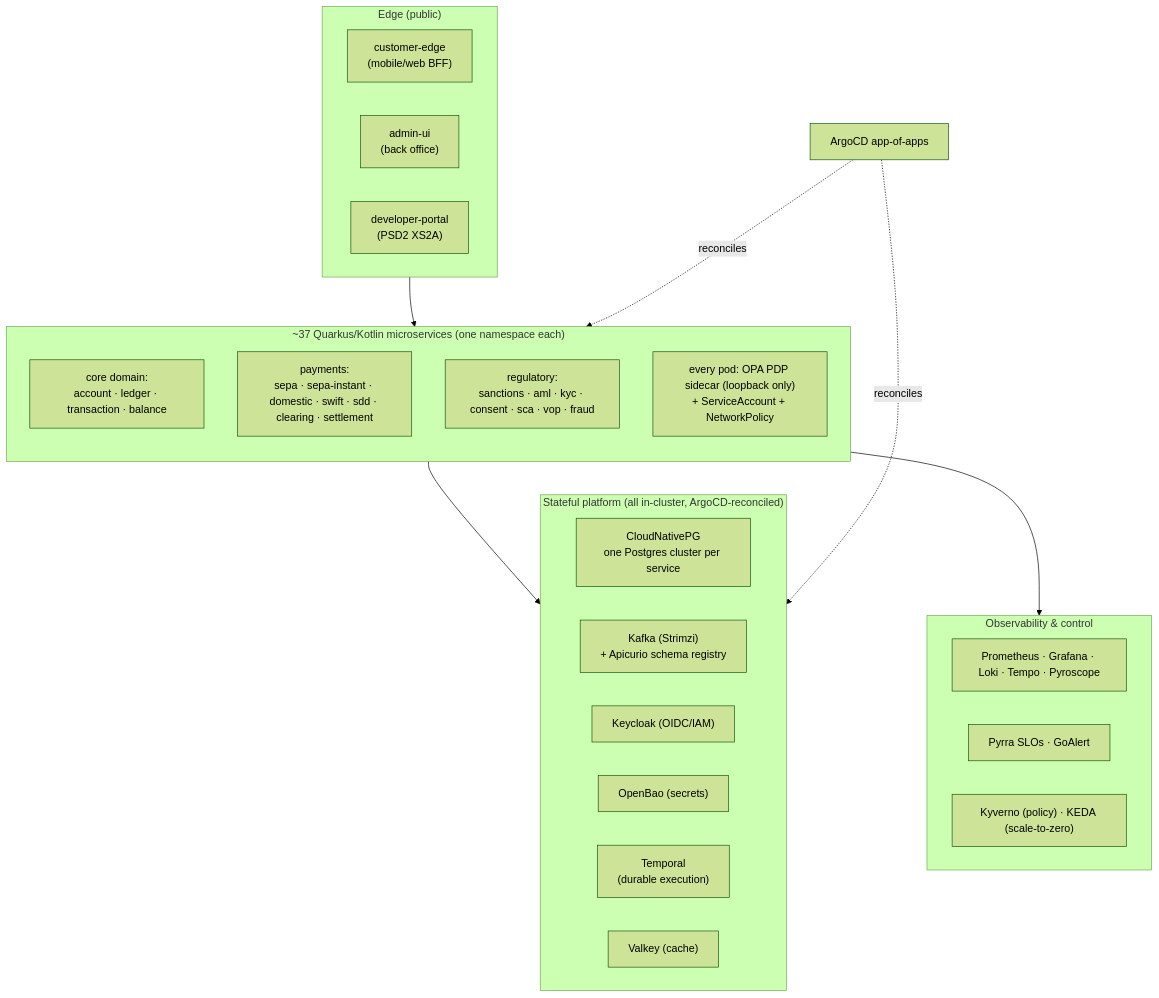
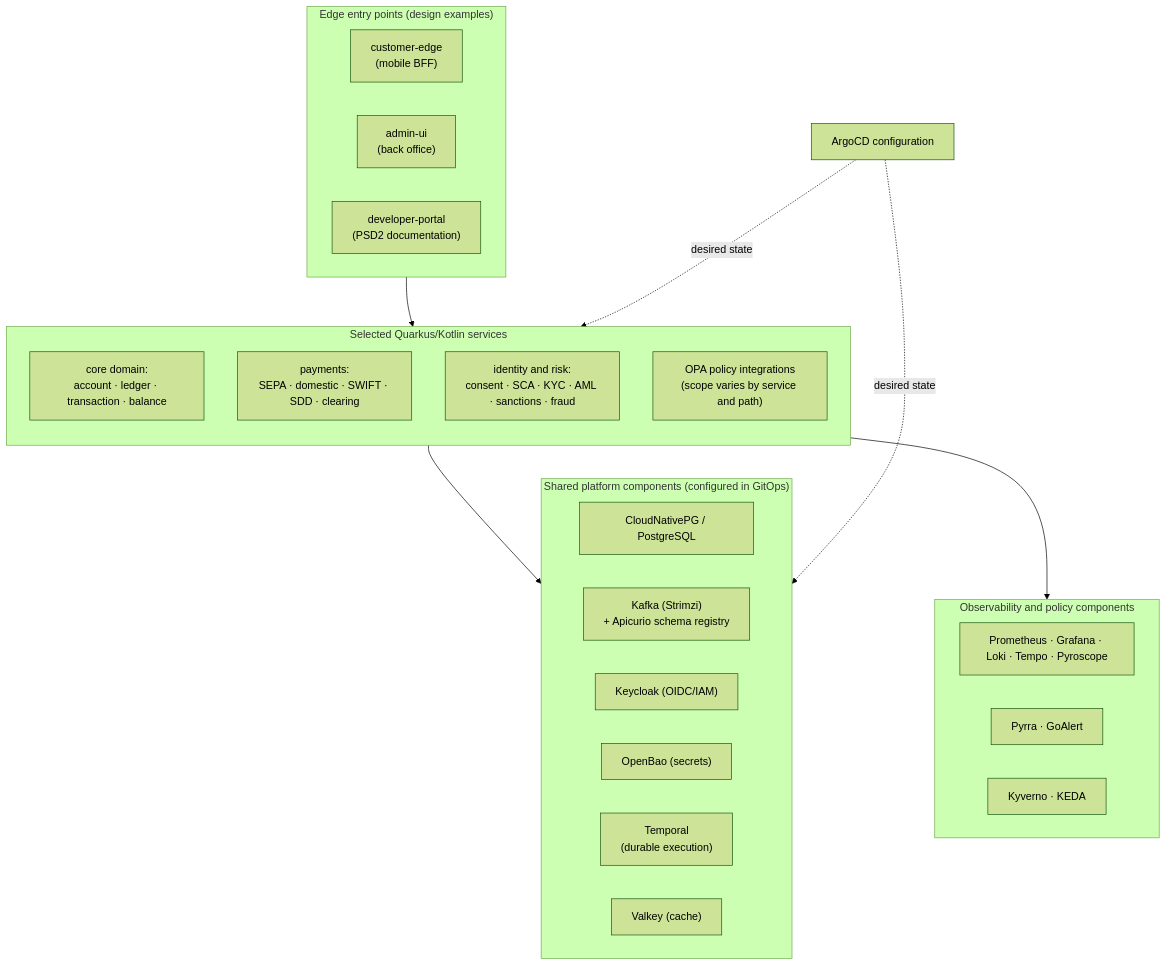
The diagram in docs/deployment-reference.md (JiRaska/open-bank-oss), drawn with Mermaid (forest theme) before and after one commit. The commit also changed other lines of this file and 21 other files, not shown here.

````diff
--- a/docs/deployment-reference.md
+++ b/docs/deployment-reference.md
@@ -26,37 +26,37 @@
 ```mermaid
 flowchart TB
-  subgraph edge["Edge (public)"]
-    ce["customer-edge<br/>(mobile/web BFF)"]
+  subgraph edge["Edge entry points (design examples)"]
+    ce["customer-edge<br/>(mobile BFF)"]
     aui["admin-ui<br/>(back office)"]
-    dvp["developer-portal<br/>(PSD2 XS2A)"]
+    dvp["developer-portal<br/>(PSD2 documentation)"]
   end
 
-  subgraph svc["~37 Quarkus/Kotlin microservices (one namespace each)"]
+  subgraph svc["Selected Quarkus/Kotlin services"]
     direction TB
     core["core domain:<br/>account · ledger · transaction · balance"]
-    pay["payments:<br/>sepa · sepa-instant · domestic · swift · sdd · clearing · settlement"]
-    reg["regulatory:<br/>sanctions · aml · kyc · consent · sca · vop · fraud"]
-    sidecar["every pod: OPA PDP sidecar (loopback only)<br/>+ ServiceAccount + NetworkPolicy"]
+    pay["payments:<br/>SEPA · domestic · SWIFT · SDD · clearing"]
+    reg["identity and risk:<br/>consent · SCA · KYC · AML · sanctions · fraud"]
+    policy["OPA policy integrations<br/>(scope varies by service and path)"]
   end
 
-  subgraph data["Stateful platform (all in-cluster, ArgoCD-reconciled)"]
-    pg["CloudNativePG<br/>one Postgres cluster per service"]
+  subgraph data["Shared platform components (configured in GitOps)"]
+    pg["CloudNativePG / PostgreSQL"]
     kafka["Kafka (Strimzi)<br/>+ Apicurio schema registry"]
     kc["Keycloak (OIDC/IAM)"]
     bao["OpenBao (secrets)"]
     temp["Temporal<br/>(durable execution)"]
     val["Valkey (cache)"]
   end
 
-  subgraph obs["Observability & control"]
+  subgraph obs["Observability and policy components"]
     prom["Prometheus · Grafana · Loki · Tempo · Pyroscope"]
-    slo["Pyrra SLOs · GoAlert"]
-    kyv["Kyverno (policy) · KEDA (scale-to-zero)"]
+    slo["Pyrra · GoAlert"]
+    kyv["Kyverno · KEDA"]
   end
 
   edge --> svc
   svc --> data
   svc --> obs
-  argo["ArgoCD app-of-apps"] -. reconciles .-> svc
-  argo -. reconciles .-> data
+  argo["ArgoCD configuration"] -. desired state .-> svc
+  argo -. desired state .-> data
 ```
````
